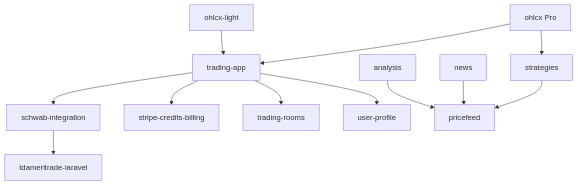
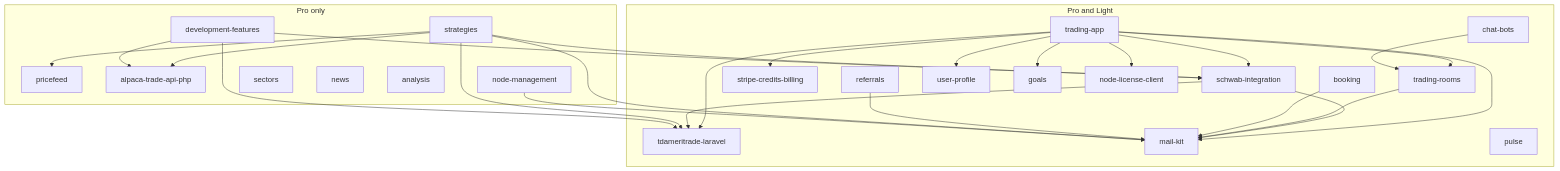
Before and after one commit to ohlcx/docs: the diagram in docs/packages/README.md, drawn with Mermaid. The commit also changed other lines of this file and 11 other files, not shown here.

Commit message:
Packages: every package each application installs, at its released version, with the real dependency graph and what each package does now

````diff
--- a/docs/packages/README.md
+++ b/docs/packages/README.md
@@ -40,17 +57,51 @@
 ```mermaid
 flowchart TB
-  pro[ohlcx Pro]
-  light[ohlcx-light]
-  ta[trading-app]
-  pro --> ta
-  light --> ta
-  ta --> schwab[schwab-integration]
-  ta --> billing[stripe-credits-billing]
-  ta --> rooms[trading-rooms]
-  ta --> profile[user-profile]
-  schwab --> td[tdameritrade-laravel]
-  pro --> strategies
+  subgraph both[Pro and Light]
+    ta[trading-app]
+    schwab[schwab-integration]
+    td[tdameritrade-laravel]
+    billing[stripe-credits-billing]
+    rooms[trading-rooms]
+    profile[user-profile]
+    goals
+    mail[mail-kit]
+    license[node-license-client]
+    booking
+    referrals
+    bots[chat-bots]
+    pulse
+  end
+  subgraph proonly[Pro only]
+    strategies
+    pricefeed
+    alpaca[alpaca-trade-api-php]
+    dev[development-features]
+    nodes[node-management]
+    sectors
+    news
+    analysis
+  end
+  ta --> license
+  ta --> td
+  ta --> schwab
+  ta --> billing
+  ta --> profile
+  ta --> rooms
+  ta --> goals
+  ta --> mail
+  schwab --> td
+  schwab --> mail
+  rooms --> mail
+  booking --> mail
+  referrals --> mail
+  bots --> rooms
+  strategies --> alpaca
+  strategies --> td
+  strategies --> schwab
   strategies --> pricefeed
-  news --> pricefeed
-  analysis --> pricefeed
+  strategies --> mail
+  dev --> alpaca
+  dev --> td
+  dev --> schwab
+  nodes --> mail
 ```
````
